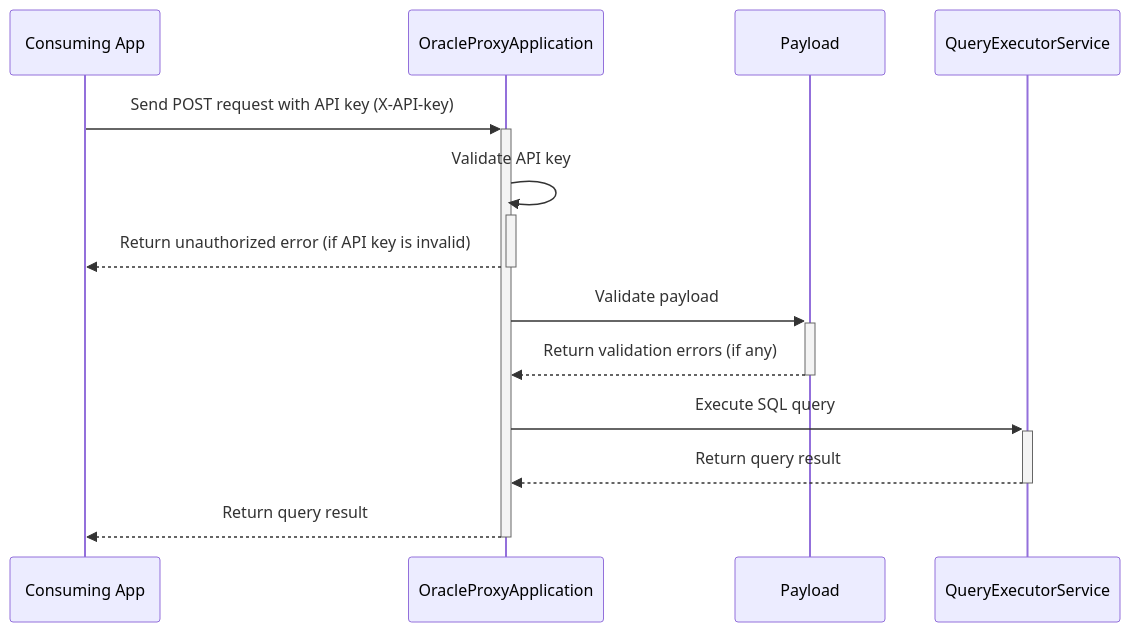
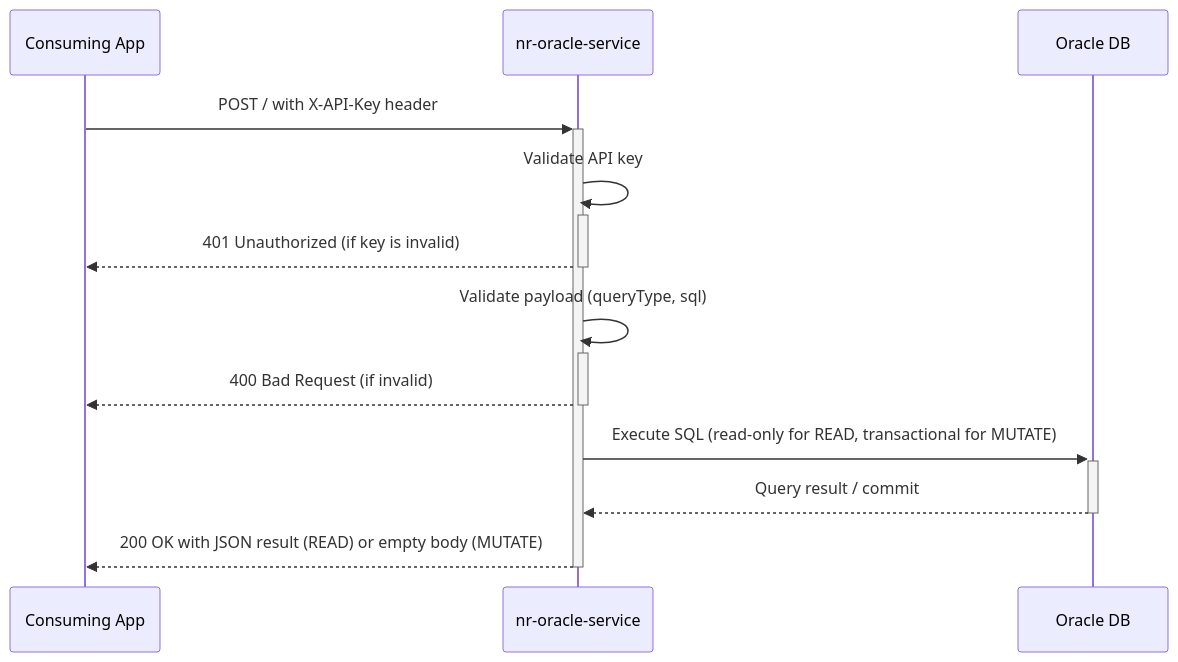
One commit to bcgov/nr-oracle-service changed the diagram in README.md. Above: the diagram before and after it, drawn with Mermaid. The commit also changed other lines of this file and 1 other file, not shown here.

````diff
--- a/README.md
+++ b/README.md
@@ -44,13 +60,14 @@
 ```mermaid
 sequenceDiagram
     participant Consuming App
-    participant OracleProxyApplication
-    Consuming App ->>+ OracleProxyApplication: Send POST request with API key (X-API-key)
-    OracleProxyApplication->>+OracleProxyApplication: Validate API key
-    OracleProxyApplication-->>-Consuming App: Return unauthorized error (if API key is invalid)
-    OracleProxyApplication ->>+ Payload: Validate payload
-    Payload -->>- OracleProxyApplication: Return validation errors (if any)
-    OracleProxyApplication ->>+ QueryExecutorService: Execute SQL query
-    QueryExecutorService -->>- OracleProxyApplication: Return query result
-    OracleProxyApplication -->>- Consuming App: Return query result
+    participant nr-oracle-service
+    participant Oracle DB
+    Consuming App ->>+ nr-oracle-service: POST / with X-API-Key header
+    nr-oracle-service ->>+ nr-oracle-service: Validate API key
+    nr-oracle-service -->>- Consuming App: 401 Unauthorized (if key is invalid)
+    nr-oracle-service ->>+ nr-oracle-service: Validate payload (queryType, sql)
+    nr-oracle-service -->>- Consuming App: 400 Bad Request (if invalid)
+    nr-oracle-service ->>+ Oracle DB: Execute SQL (read-only for READ, transactional for MUTATE)
+    Oracle DB -->>- nr-oracle-service: Query result / commit
+    nr-oracle-service -->>- Consuming App: 200 OK with JSON result (READ) or empty body (MUTATE)
 ```
````
